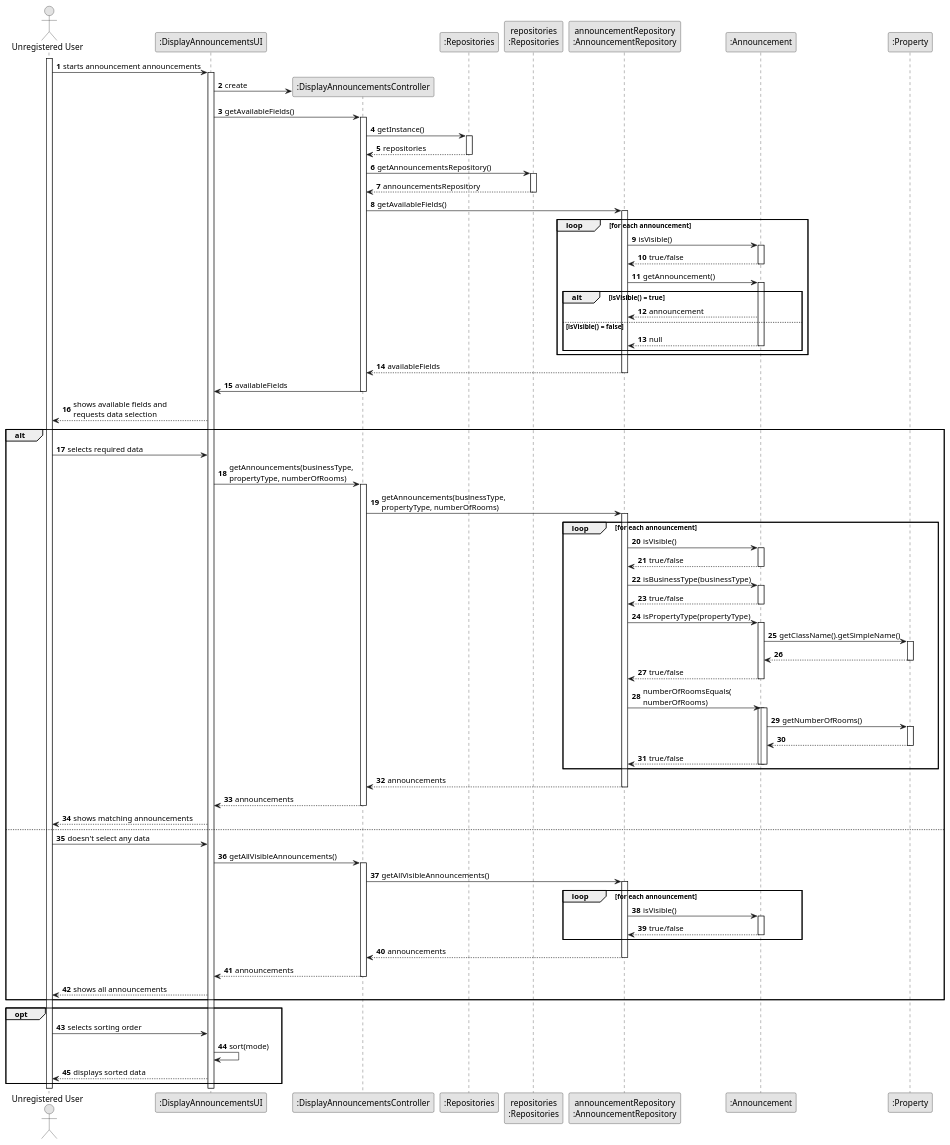
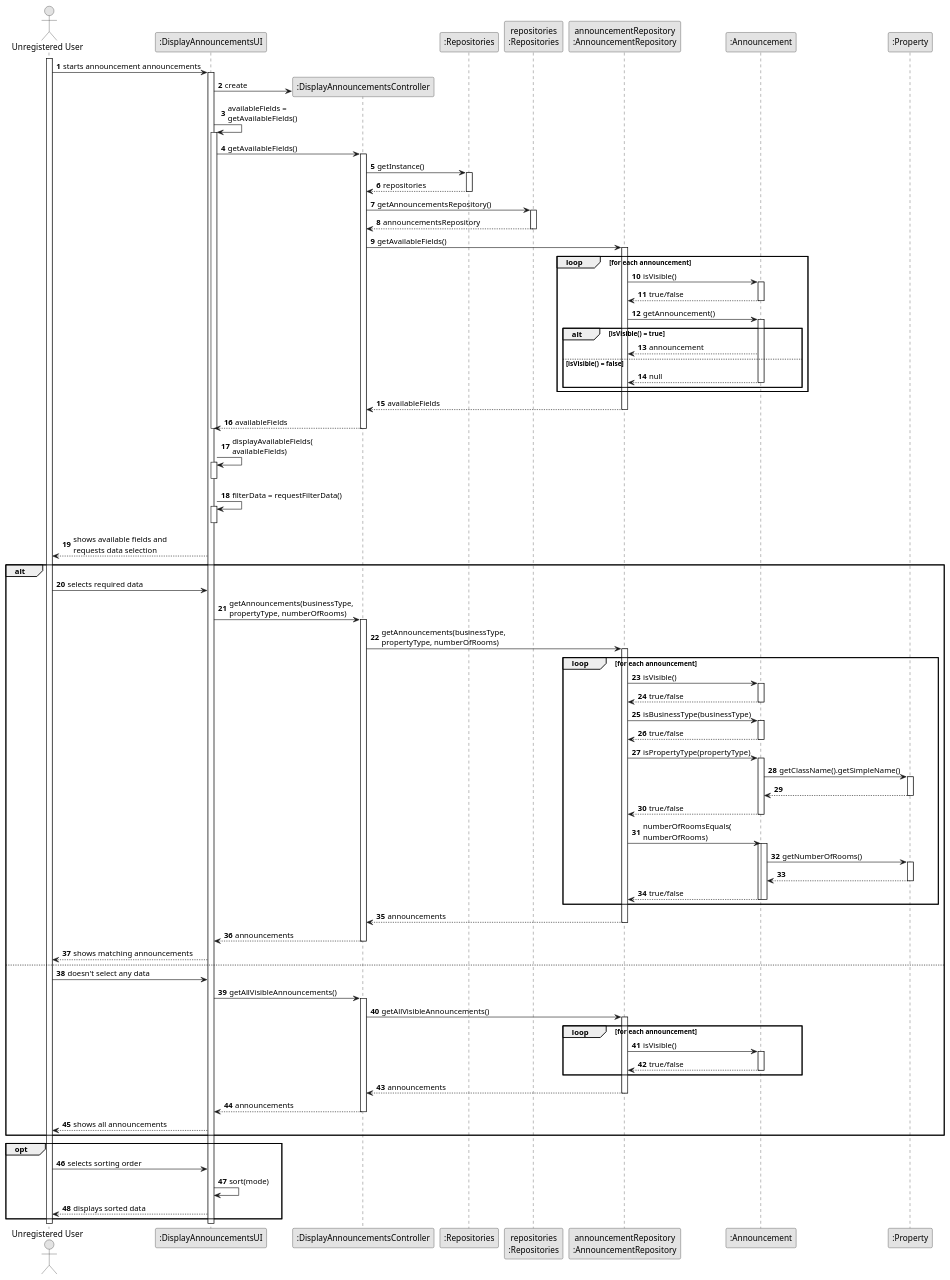
The diagram in docs/sprintB/US001/03.design/puml/us001-sequence-diagram-full.puml (tiagohcorreia/LAPR2), drawn with PlantUML before and after one commit. The commit also changed 1 other file, not shown here.

Commit message:
Refactored DisplayAnnouncementsUI into multiple functions to improve readability and updated the SD accordingly

```diff
--- a/docs/sprintB/US001/03.design/puml/us001-sequence-diagram-full.puml
+++ b/docs/sprintB/US001/03.design/puml/us001-sequence-diagram-full.puml
@@ -1,127 +1,137 @@
 @startuml
 skinparam monochrome true
 skinparam packageStyle rectangle
 skinparam shadowing false
 
 autonumber
 
 'hide footbox
-actor "Unregistered User" as UR
-participant ":DisplayAnnouncementsUI" as UI
+actor "Unregistered User" as UU
 participant ":DisplayAnnouncementsUI" as UI
 participant ":DisplayAnnouncementsController" as CTRL
 participant ":Repositories" as reposclass
 participant "repositories\n:Repositories" as repositories
 participant "announcementRepository\n:AnnouncementRepository" as ARepo
 'participant "announcement\n:Announcement" as announcement
 participant ":Announcement" as announcement
 participant ":Property" as prop
 
 
 
-activate UR
-UR -> UI: starts announcement announcements
+activate UU
+UU -> UI: starts announcement announcements
 activate UI
 UI -> CTRL**: create
+UI -> UI: availableFields =\ngetAvailableFields()
+activate UI
 UI -> CTRL: getAvailableFields()
 activate CTRL
 
 CTRL -> reposclass: getInstance()
 activate reposclass
 reposclass --> CTRL: repositories
 deactivate reposclass
 CTRL -> repositories: getAnnouncementsRepository()
 activate repositories
 repositories --> CTRL: announcementsRepository
 deactivate repositories
 CTRL -> ARepo: getAvailableFields()
 activate ARepo
 loop for each announcement
     ARepo -> announcement: isVisible()
     activate announcement
     return true/false
     'ARepo -> announcement: getBusinessType()
     ARepo -> announcement: getAnnouncement()
     alt isVisible() = true
         activate announcement
         announcement --> ARepo: announcement
         else isVisible() = false
         return null
         deactivate announcement
     end
 end
 ARepo --> CTRL: availableFields
 deactivate ARepo
 
-CTRL -> UI: availableFields
+CTRL --> UI: availableFields
 deactivate CTRL
+deactivate UI
 
-UI --> UR: shows available fields and\nrequests data selection
+UI -> UI: displayAvailableFields(\navailableFields)
+activate UI
+deactivate UI
+
+UI -> UI: filterData = requestFilterData()
+activate UI
+deactivate UI
+
+UI --> UU: shows available fields and\nrequests data selection
 alt
-    UR -> UI: selects required data
+    UU -> UI: selects required data
     UI -> CTRL: getAnnouncements(businessType,\npropertyType, numberOfRooms)
     activate CTRL
     CTRL -> ARepo: getAnnouncements(businessType,\npropertyType, numberOfRooms)
     activate ARepo
     loop for each announcement
         ARepo -> announcement: isVisible()
         activate announcement
         return true/false
         deactivate announcement
         ARepo -> announcement: isBusinessType(businessType)
         activate announcement
         return true/false
         deactivate announcement
 
         ARepo -> announcement: isPropertyType(propertyType)
         activate announcement
         announcement -> prop: getClassName().getSimpleName()
         activate prop
         return
         return true/false
         deactivate prop
         deactivate announcement
 
         ARepo -> announcement: numberOfRoomsEquals(\nnumberOfRooms)
         activate announcement
         activate announcement
         announcement -> prop: getNumberOfRooms()
         activate prop
         return
 
         return true/false
         deactivate announcement
     end
 
     ARepo --> CTRL: announcements
     deactivate ARepo
     CTRL --> UI: announcements
     deactivate CTRL
-    UI --> UR: shows matching announcements
+    UI --> UU: shows matching announcements
 else
-    UR -> UI: doesn't select any data
+    UU -> UI: doesn't select any data
     UI -> CTRL: getAllVisibleAnnouncements()
     activate CTRL
     CTRL -> ARepo: getAllVisibleAnnouncements()
     activate ARepo
     loop for each announcement
         ARepo -> announcement: isVisible()
         activate announcement
         return true/false
         deactivate announcement
     end
     ARepo --> CTRL: announcements
     deactivate ARepo
 
     CTRL --> UI: announcements
     deactivate CTRL
-    UI --> UR: shows all announcements
+    UI --> UU: shows all announcements
 end 'ALT fragment end
 
 opt
-    UR -> UI: selects sorting order
+    UU -> UI: selects sorting order
     UI -> UI: sort(mode)
-    UI --> UR: displays sorted data
+    UI --> UU: displays sorted data
 end
 
 @enduml
```
